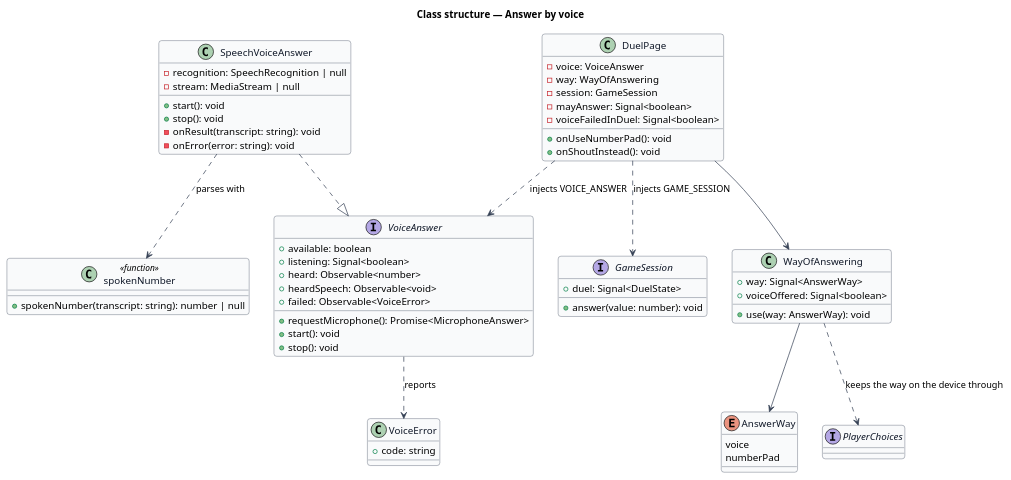
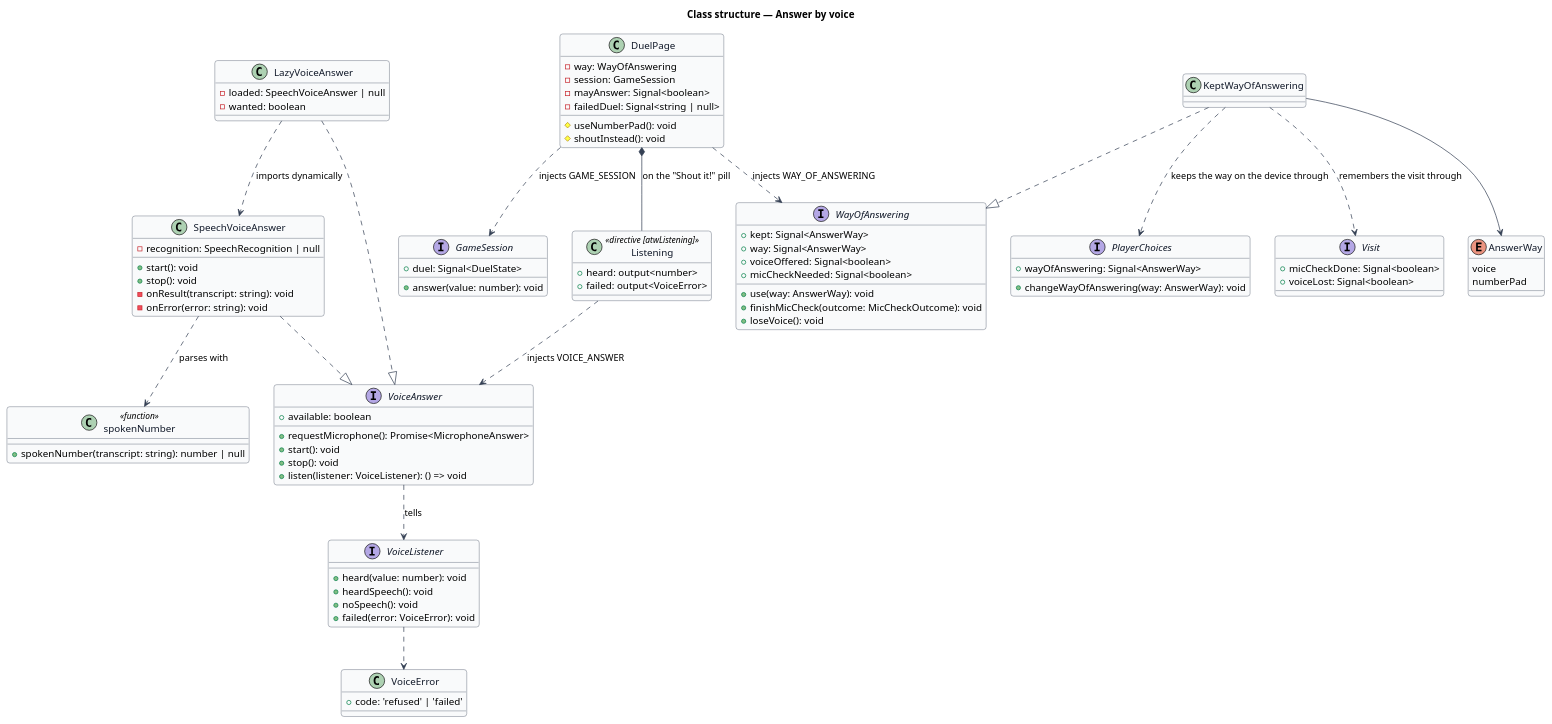
The diagram in docs/detailed-designs/answering/answer-by-voice/diagrams/class-structure.puml (QuinntyneBrown/around-the-world), drawn with PlantUML before and after one commit. The commit also changed 19 other files, not shown here.

First line of the commit message:
Decide how voice answers: on the device, what is heard, when Mic Check shows

```diff
--- a/docs/detailed-designs/answering/answer-by-voice/diagrams/class-structure.puml
+++ b/docs/detailed-designs/answering/answer-by-voice/diagrams/class-structure.puml
@@ -1,72 +1,99 @@
 @startuml
 ' --- shared skin header ---
 skinparam backgroundColor #FFFFFF
 skinparam shadowing false
 skinparam roundcorner 8
 skinparam defaultFontName Arial
 skinparam ArrowColor #344054
 skinparam class {
   BorderColor #344054
   FontColor #101828
   BackgroundColor #F9FAFB
 }
 ' --------------------------
 title Class structure — Answer by voice
 
 interface VoiceAnswer {
   +available: boolean
-  +listening: Signal<boolean>
-  +heard: Observable<number>
-  +heardSpeech: Observable<void>
-  +failed: Observable<VoiceError>
   +requestMicrophone(): Promise<MicrophoneAnswer>
   +start(): void
   +stop(): void
+  +listen(listener: VoiceListener): () => void
+}
+interface VoiceListener {
+  +heard(value: number): void
+  +heardSpeech(): void
+  +noSpeech(): void
+  +failed(error: VoiceError): void
 }
 class VoiceError {
-  +code: string
+  +code: 'refused' | 'failed'
+}
+class LazyVoiceAnswer {
+  -loaded: SpeechVoiceAnswer | null
+  -wanted: boolean
 }
 class SpeechVoiceAnswer {
   -recognition: SpeechRecognition | null
-  -stream: MediaStream | null
   +start(): void
   +stop(): void
   -onResult(transcript: string): void
   -onError(error: string): void
 }
 class spokenNumber <<function>> {
   +spokenNumber(transcript: string): number | null
 }
-class WayOfAnswering {
+interface WayOfAnswering {
+  +kept: Signal<AnswerWay>
   +way: Signal<AnswerWay>
   +voiceOffered: Signal<boolean>
+  +micCheckNeeded: Signal<boolean>
   +use(way: AnswerWay): void
+  +finishMicCheck(outcome: MicCheckOutcome): void
+  +loseVoice(): void
 }
-interface PlayerChoices
+class KeptWayOfAnswering
+interface PlayerChoices {
+  +wayOfAnswering: Signal<AnswerWay>
+  +changeWayOfAnswering(way: AnswerWay): void
+}
+interface Visit {
+  +micCheckDone: Signal<boolean>
+  +voiceLost: Signal<boolean>
+}
 enum AnswerWay {
   voice
   numberPad
 }
 interface GameSession {
   +duel: Signal<DuelState>
   +answer(value: number): void
 }
 class DuelPage {
-  -voice: VoiceAnswer
   -way: WayOfAnswering
   -session: GameSession
   -mayAnswer: Signal<boolean>
-  -voiceFailedInDuel: Signal<boolean>
-  +onUseNumberPad(): void
-  +onShoutInstead(): void
+  -failedDuel: Signal<string | null>
+  #useNumberPad(): void
+  #shoutInstead(): void
+}
+class Listening <<directive [atwListening]>> {
+  +heard: output<number>
+  +failed: output<VoiceError>
 }
 
+LazyVoiceAnswer ..|> VoiceAnswer
+LazyVoiceAnswer ..> SpeechVoiceAnswer : imports dynamically
 SpeechVoiceAnswer ..|> VoiceAnswer
 SpeechVoiceAnswer ..> spokenNumber : parses with
-VoiceAnswer ..> VoiceError : reports
-DuelPage ..> VoiceAnswer : injects VOICE_ANSWER
+VoiceAnswer ..> VoiceListener : tells
+VoiceListener ..> VoiceError
+DuelPage *-- Listening : on the "Shout it!" pill
+Listening ..> VoiceAnswer : injects VOICE_ANSWER
 DuelPage ..> GameSession : injects GAME_SESSION
-DuelPage --> WayOfAnswering
-WayOfAnswering --> AnswerWay
-WayOfAnswering ..> PlayerChoices : keeps the way on the device through
+DuelPage ..> WayOfAnswering : injects WAY_OF_ANSWERING
+KeptWayOfAnswering ..|> WayOfAnswering
+KeptWayOfAnswering --> AnswerWay
+KeptWayOfAnswering ..> PlayerChoices : keeps the way on the device through
+KeptWayOfAnswering ..> Visit : remembers the visit through
 @enduml
```
